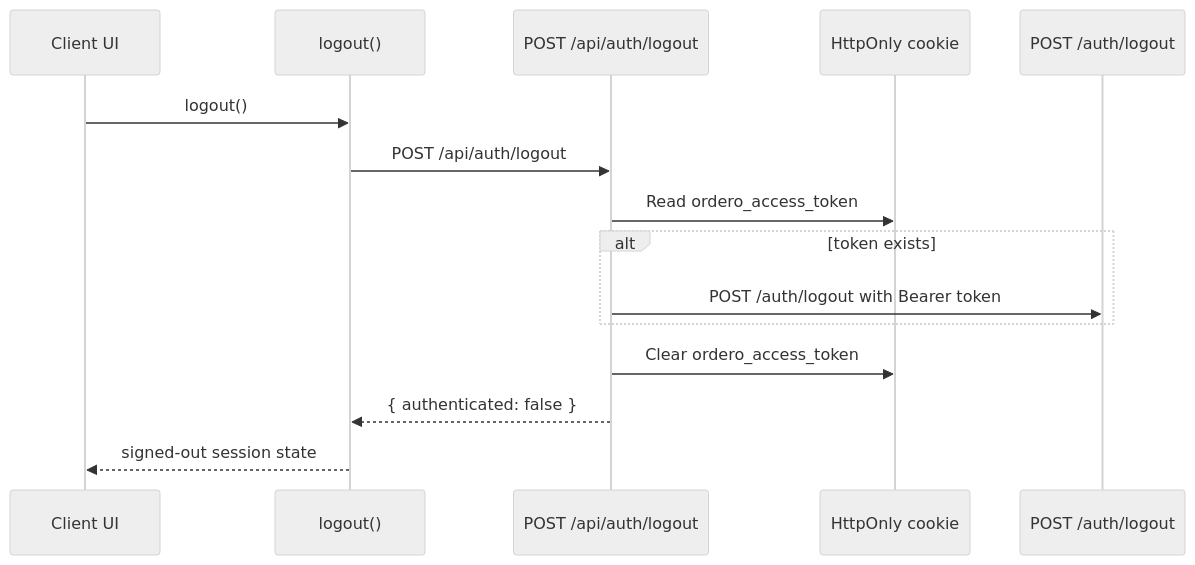
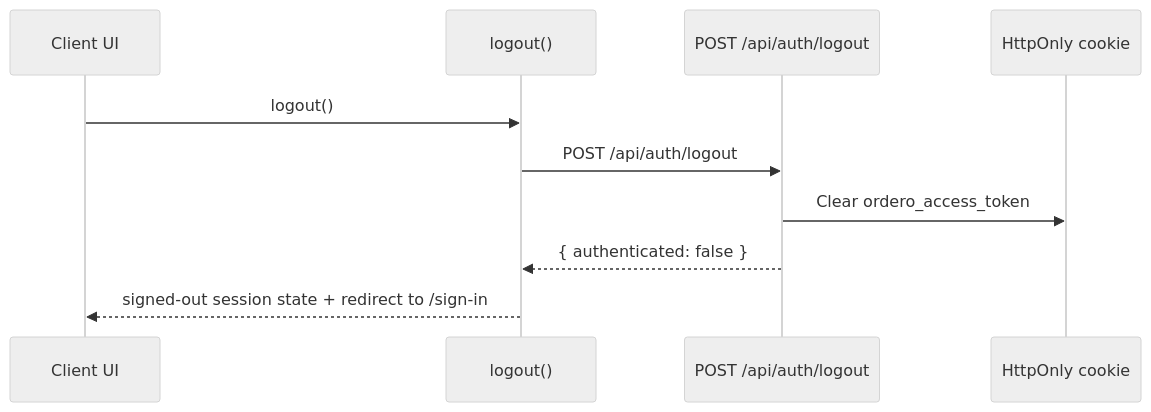
One commit to ordero-biz/monorepo changed the third of 8 diagrams in docs/http-auth.md. Above: the diagram before and after it, drawn with Mermaid (neutral theme). The commit also changed other lines of this file, not shown here.

````diff
--- a/docs/http-auth.md
+++ b/docs/http-auth.md
@@ -136,18 +137,13 @@
 ```mermaid
 sequenceDiagram
   participant UI as Client UI
   participant Client as logout()
   participant Route as POST /api/auth/logout
   participant Cookie as HttpOnly cookie
-  participant Backend as POST /auth/logout
 
   UI->>Client: logout()
   Client->>Route: POST /api/auth/logout
-  Route->>Cookie: Read ordero_access_token
-  alt token exists
-    Route->>Backend: POST /auth/logout with Bearer token
-  end
   Route->>Cookie: Clear ordero_access_token
   Route-->>Client: { authenticated: false }
-  Client-->>UI: signed-out session state
+  Client-->>UI: signed-out session state + redirect to /sign-in
 ```
````
